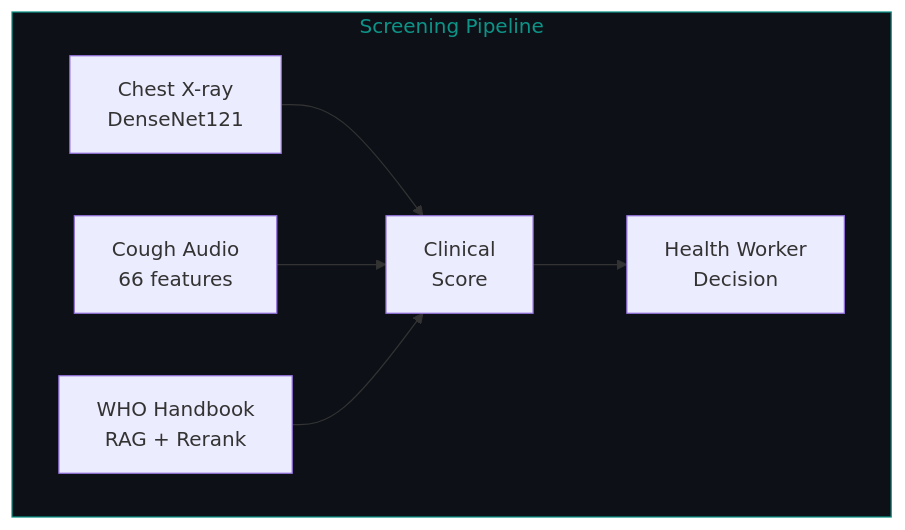
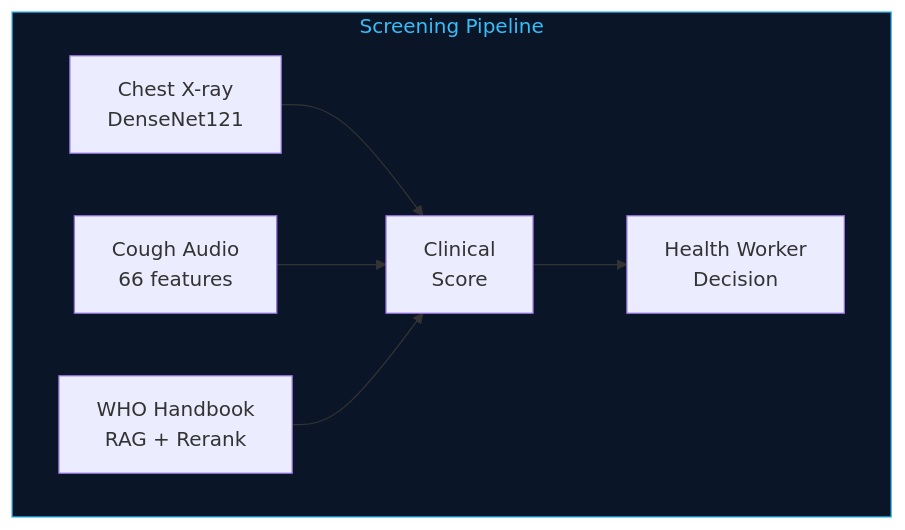
Before and after one commit to ra189zor/ra189zor: the second of 4 diagrams in README.md, drawn with Mermaid. The commit also changed other lines of this file and 7 other files, not shown here.

````diff
--- a/README.md
+++ b/README.md
@@ -77,12 +72,12 @@
 ```mermaid
 flowchart LR
     subgraph pipeline [ Screening Pipeline ]
         direction LR
         A["Chest X-ray<br/>DenseNet121"] --> F["Clinical<br/>Score"]
         B["Cough Audio<br/>66 features"] --> F
         C["WHO Handbook<br/>RAG + Rerank"] --> F
         F --> G["Health Worker<br/>Decision"]
     end
 
-    style pipeline fill:#0D1117,stroke:#0D9488,color:#0D9488
+    style pipeline fill:#0A1628,stroke:#38BDF8,color:#38BDF8
 ```
````
